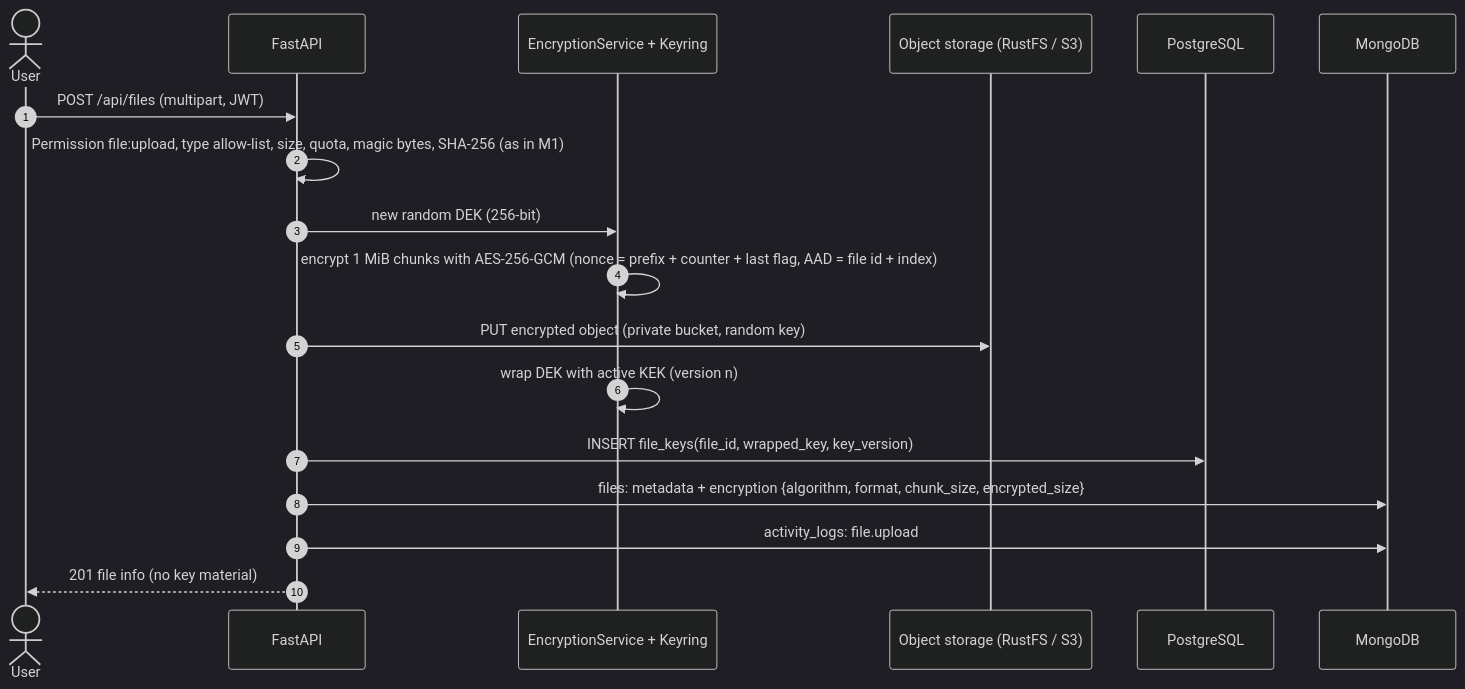
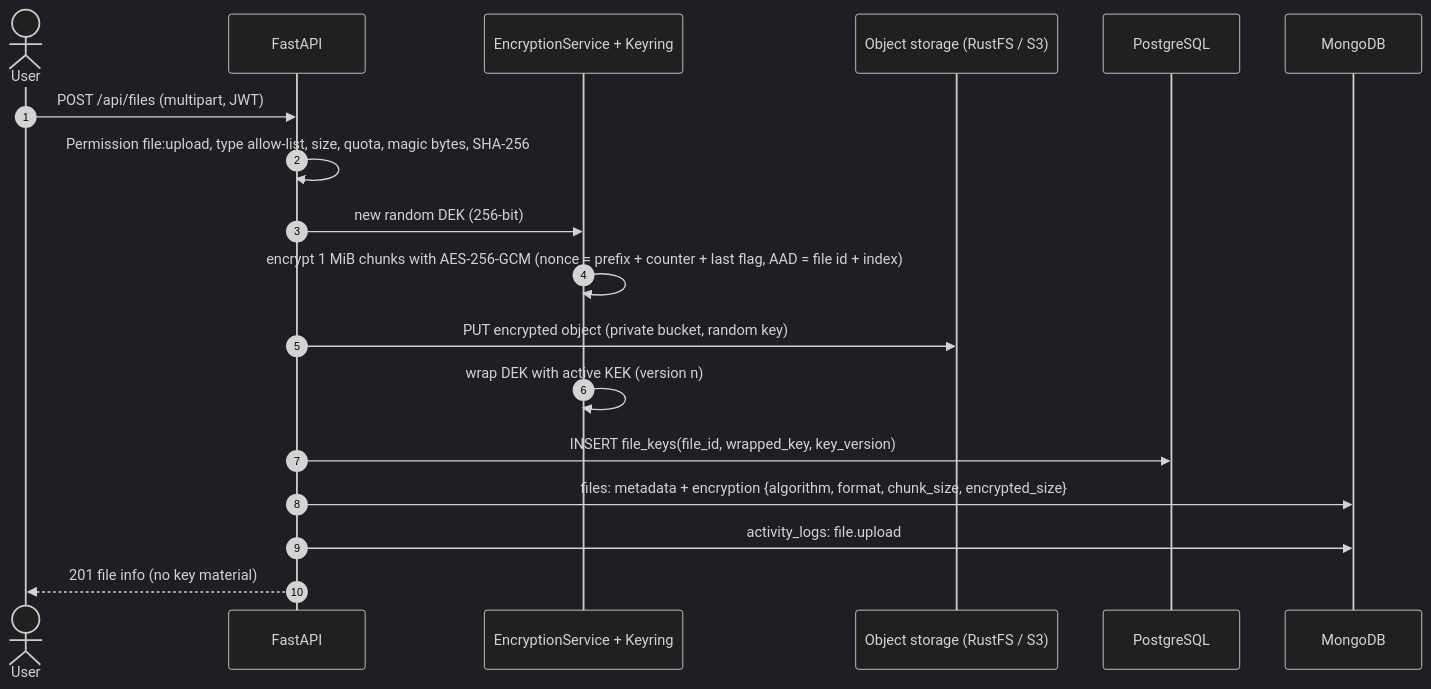
The sixth of 10 diagrams in docs/architecture.md (Vimaladharsan/TrustShare-Encrypted-File-Sharing-Collaboration-Platform), drawn with Mermaid (dark theme) before and after one commit. The commit also changed other lines of this file and 60 other files, not shown here.

````diff
--- a/docs/architecture.md
+++ b/docs/architecture.md
@@ -360,21 +265,21 @@
 ```mermaid
 sequenceDiagram
     autonumber
     actor U as User
     participant API as FastAPI
     participant ENC as EncryptionService + Keyring
     participant S3 as Object storage (RustFS / S3)
     participant PG as PostgreSQL
     participant MO as MongoDB
 
     U->>API: POST /api/files (multipart, JWT)
-    API->>API: Permission file:upload, type allow-list, size, quota, magic bytes, SHA-256 (as in M1)
+    API->>API: Permission file:upload, type allow-list, size, quota, magic bytes, SHA-256
     API->>ENC: new random DEK (256-bit)
     ENC->>ENC: encrypt 1 MiB chunks with AES-256-GCM (nonce = prefix + counter + last flag, AAD = file id + index)
     API->>S3: PUT encrypted object (private bucket, random key)
     ENC->>ENC: wrap DEK with active KEK (version n)
     API->>PG: INSERT file_keys(file_id, wrapped_key, key_version)
     API->>MO: files: metadata + encryption {algorithm, format, chunk_size, encrypted_size}
     API->>MO: activity_logs: file.upload
     API-->>U: 201 file info (no key material)
 ```
````
